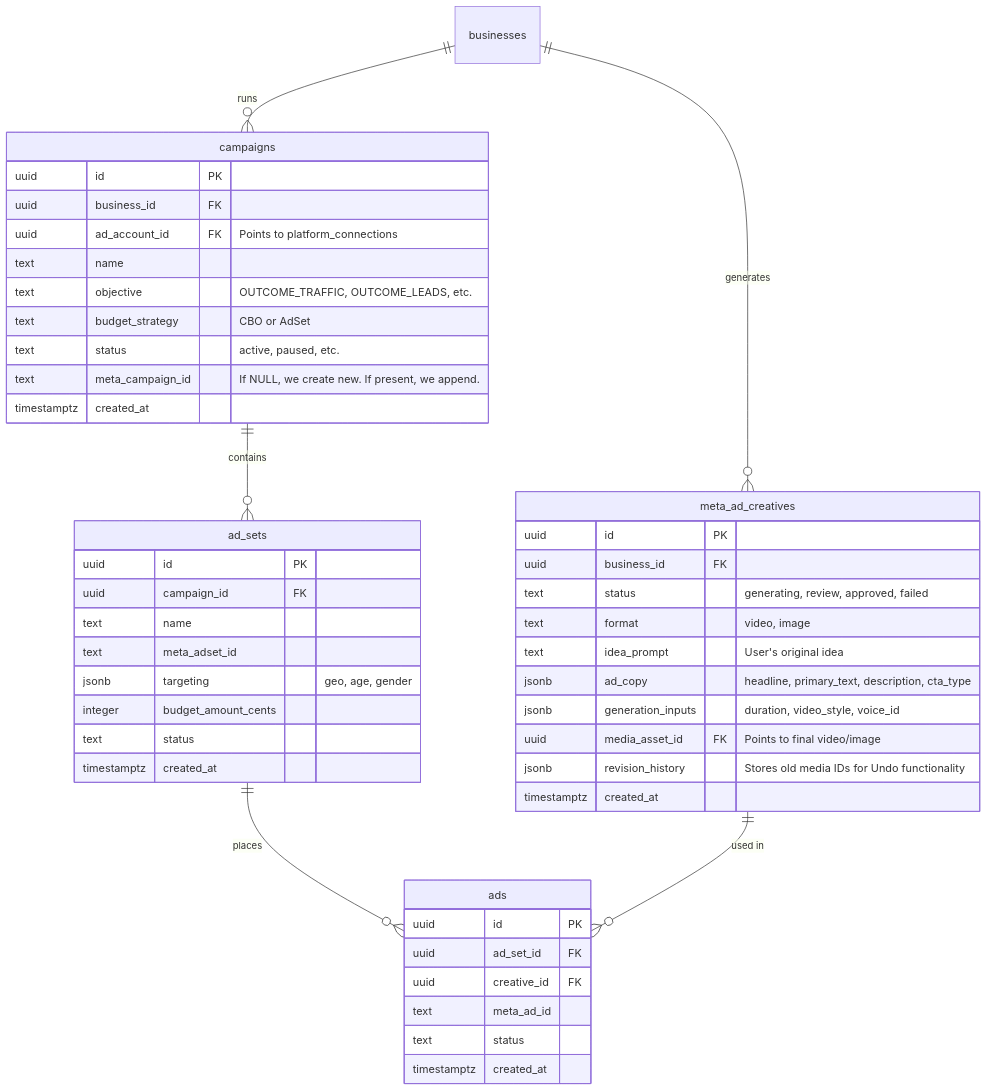
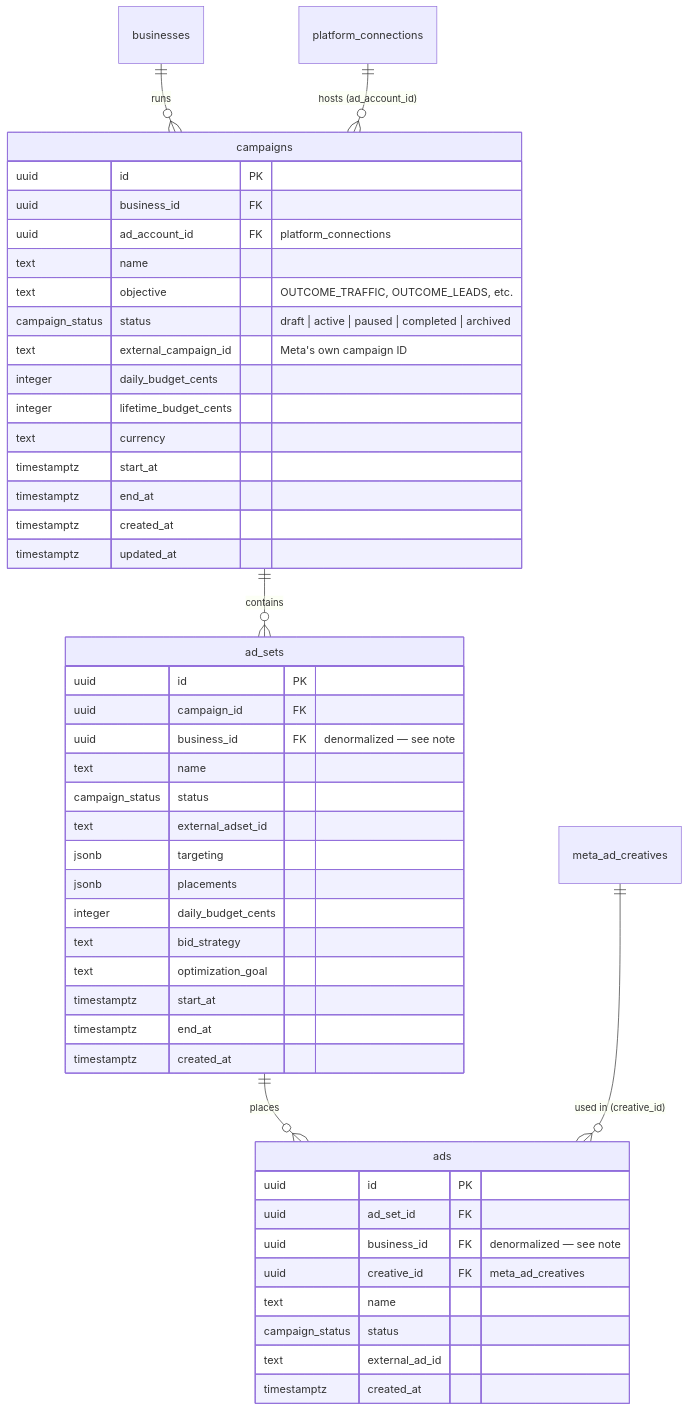
Before and after one commit to Aumatic-AI/Kinetix: the fourth of 7 diagrams in docs/architecture/database_schema.md, drawn with Mermaid. The commit also changed other lines of this file and 124 other files, not shown here.

Commit message:
add all oauth providers to connects its accounts. and setup social media content generation

````diff
--- a/docs/architecture/database_schema.md
+++ b/docs/architecture/database_schema.md
@@ -173,53 +157,53 @@
 ```mermaid
 erDiagram
     businesses ||--o{ campaigns : "runs"
+    platform_connections ||--o{ campaigns : "hosts (ad_account_id)"
     campaigns ||--o{ ad_sets : "contains"
     ad_sets ||--o{ ads : "places"
-    businesses ||--o{ meta_ad_creatives : "generates"
-    meta_ad_creatives ||--o{ ads : "used in"
-
-    meta_ad_creatives {
-        uuid id PK
-        uuid business_id FK
-        text status "generating, review, approved, failed"
-        text format "video, image"
-        text idea_prompt "User's original idea"
-        jsonb ad_copy "headline, primary_text, description, cta_type"
-        jsonb generation_inputs "duration, video_style, voice_id"
-        uuid media_asset_id FK "Points to final video/image"
-        jsonb revision_history "Stores old media IDs for Undo functionality"
-        timestamptz created_at
-    }
+    meta_ad_creatives ||--o{ ads : "used in (creative_id)"
 
     campaigns {
         uuid id PK
         uuid business_id FK
-        uuid ad_account_id FK "Points to platform_connections"
+        uuid ad_account_id FK "platform_connections"
         text name
         text objective "OUTCOME_TRAFFIC, OUTCOME_LEADS, etc."
-        text budget_strategy "CBO or AdSet"
-        text status "active, paused, etc."
-        text meta_campaign_id "If NULL, we create new. If present, we append."
+        campaign_status status "draft | active | paused | completed | archived"
+        text external_campaign_id "Meta's own campaign ID"
+        integer daily_budget_cents
+        integer lifetime_budget_cents
+        text currency
+        timestamptz start_at
+        timestamptz end_at
         timestamptz created_at
+        timestamptz updated_at
     }
 
     ad_sets {
         uuid id PK
         uuid campaign_id FK
+        uuid business_id FK "denormalized — see note"
         text name
-        text meta_adset_id
-        jsonb targeting "geo, age, gender"
-        integer budget_amount_cents
-        text status
+        campaign_status status
+        text external_adset_id
+        jsonb targeting
+        jsonb placements
+        integer daily_budget_cents
+        text bid_strategy
+        text optimization_goal
+        timestamptz start_at
+        timestamptz end_at
         timestamptz created_at
     }
 
     ads {
         uuid id PK
         uuid ad_set_id FK
-        uuid creative_id FK
-        text meta_ad_id
-        text status
+        uuid business_id FK "denormalized — see note"
+        uuid creative_id FK "meta_ad_creatives"
+        text name
+        campaign_status status
+        text external_ad_id
         timestamptz created_at
     }
 ```
````
